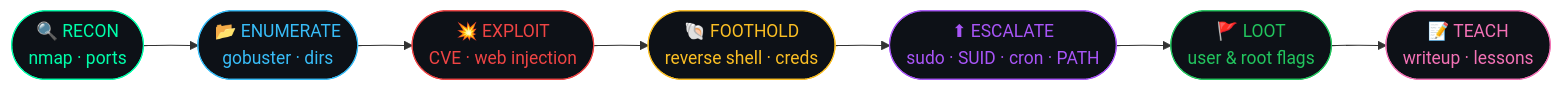
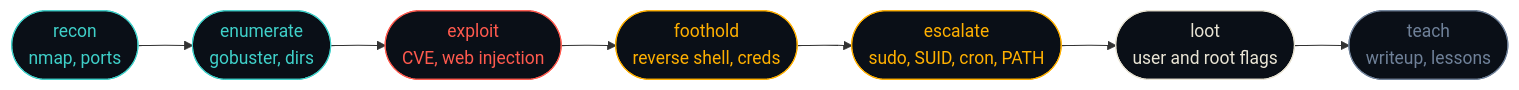
The diagram in README.md (5h4nnu-dev/5h4nnu-dev), drawn with Mermaid before and after one commit. The commit also changed other lines of this file and 4 other files, not shown here.

````diff
--- a/README.md
+++ b/README.md
@@ -158,17 +94,17 @@
 ```mermaid
 flowchart LR
-    A([🔍 RECON<br/>nmap · ports]) --> B([📂 ENUMERATE<br/>gobuster · dirs])
-    B --> C([💥 EXPLOIT<br/>CVE · web injection])
-    C --> D([🐚 FOOTHOLD<br/>reverse shell · creds])
-    D --> E([⬆ ESCALATE<br/>sudo · SUID · cron · PATH])
-    E --> F([🚩 LOOT<br/>user & root flags])
-    F --> G([📝 TEACH<br/>writeup · lessons])
+    A([recon<br/>nmap, ports]) --> B([enumerate<br/>gobuster, dirs])
+    B --> C([exploit<br/>CVE, web injection])
+    C --> D([foothold<br/>reverse shell, creds])
+    D --> E([escalate<br/>sudo, SUID, cron, PATH])
+    E --> F([loot<br/>user and root flags])
+    F --> G([teach<br/>writeup, lessons])
 
-    style A fill:#0D1117,stroke:#00FFAA,color:#00FFAA
-    style B fill:#0D1117,stroke:#38BDF8,color:#38BDF8
-    style C fill:#0D1117,stroke:#EF4444,color:#EF4444
-    style D fill:#0D1117,stroke:#FBBF24,color:#FBBF24
-    style E fill:#0D1117,stroke:#A855F7,color:#A855F7
-    style F fill:#0D1117,stroke:#22C55E,color:#22C55E
-    style G fill:#0D1117,stroke:#F472B6,color:#F472B6
+    style A fill:#0a0f17,stroke:#3fd0c9,color:#3fd0c9
+    style B fill:#0a0f17,stroke:#3fd0c9,color:#3fd0c9
+    style C fill:#0a0f17,stroke:#ff5a4e,color:#ff5a4e
+    style D fill:#0a0f17,stroke:#ffb000,color:#ffb000
+    style E fill:#0a0f17,stroke:#ffb000,color:#ffb000
+    style F fill:#0a0f17,stroke:#e9e4d4,color:#e9e4d4
+    style G fill:#0a0f17,stroke:#6f8199,color:#6f8199
 ```
````
